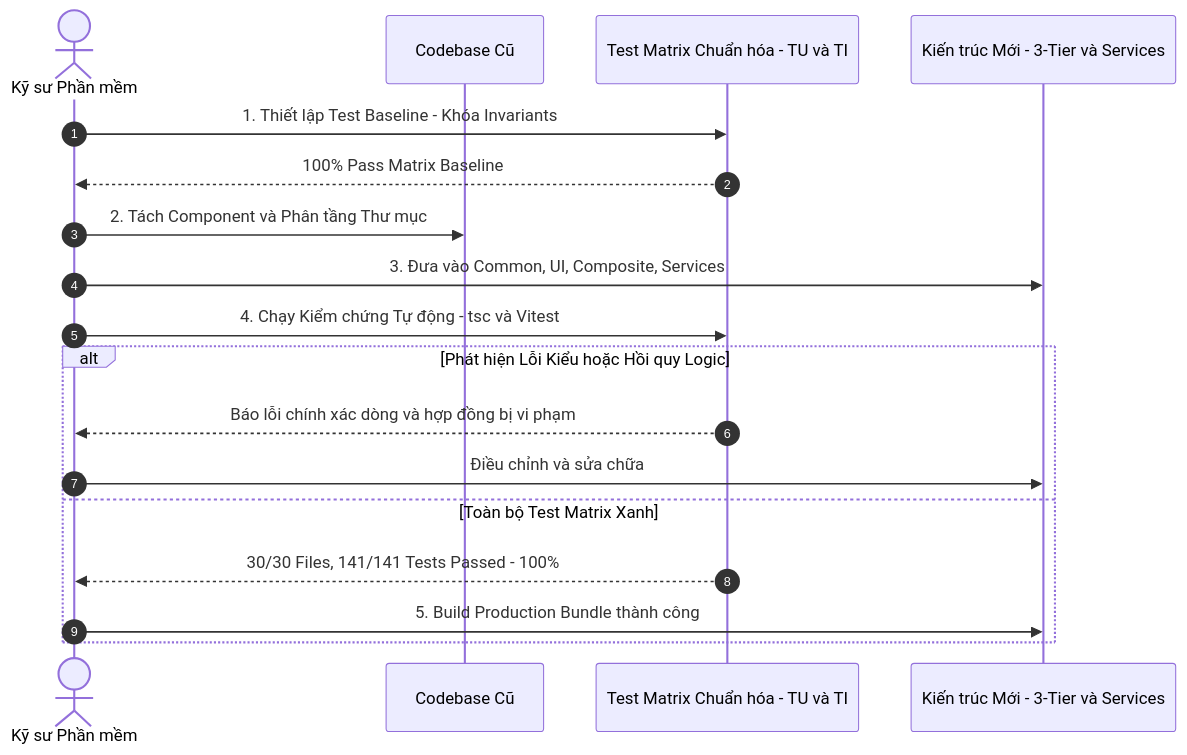
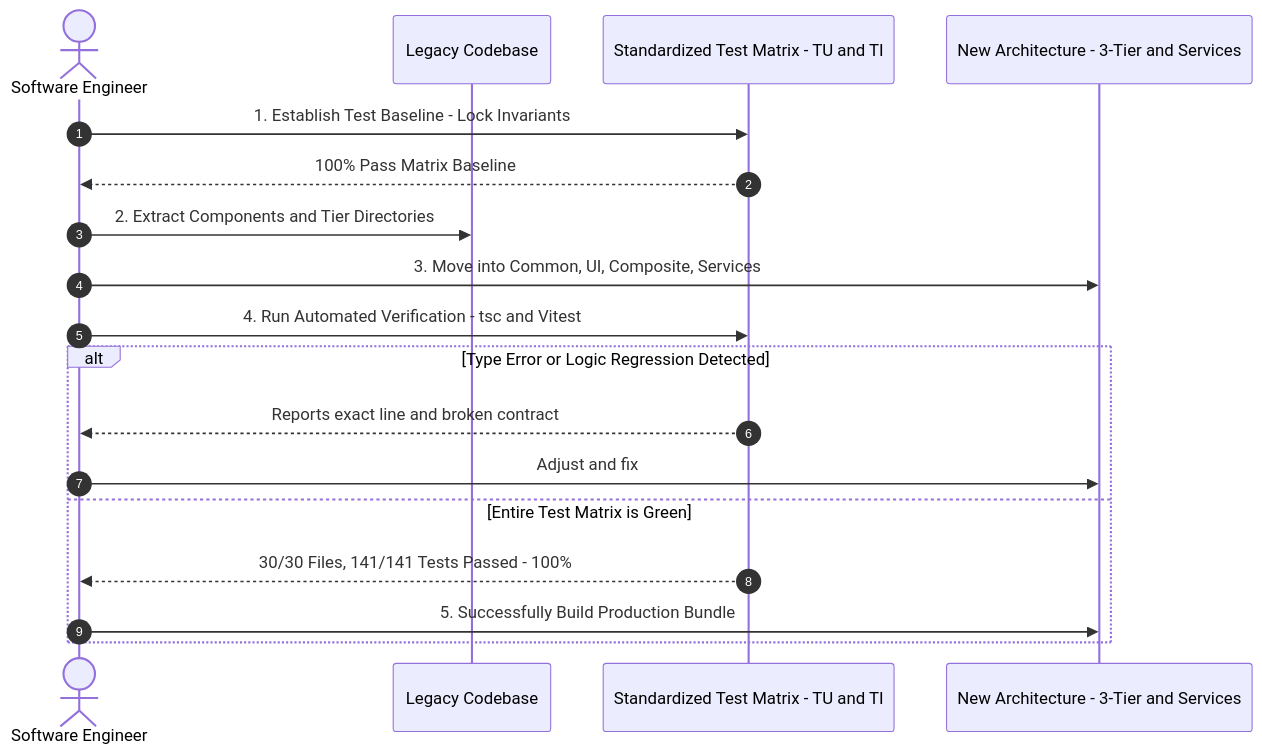
Before and after one commit to ga2631/ga2631.github.io: the diagram in src/data/blog/en/25-2026-09-04-real-world-frontend-refactoring-test-driven-safety-net.md, drawn with Mermaid. The commit also changed other lines of this file and 74 other files, not shown here.

````diff
--- a/src/data/blog/en/25-2026-09-04-real-world-frontend-refactoring-test-driven-safety-net.md
+++ b/src/data/blog/en/25-2026-09-04-real-world-frontend-refactoring-test-driven-safety-net.md
@@ -36,21 +36,21 @@
 ```mermaid
 sequenceDiagram
     autonumber
-    actor Dev as Kỹ sư Phần mềm
-    participant Core as Codebase Cũ
-    participant Tests as Test Matrix Chuẩn hóa - TU và TI
-    participant Clean as Kiến trúc Mới - 3-Tier và Services
+    actor Dev as Software Engineer
+    participant Core as Legacy Codebase
+    participant Tests as Standardized Test Matrix - TU and TI
+    participant Clean as New Architecture - 3-Tier and Services
 
-    Dev->>Tests: 1. Thiết lập Test Baseline - Khóa Invariants
+    Dev->>Tests: 1. Establish Test Baseline - Lock Invariants
     Tests-->>Dev: 100% Pass Matrix Baseline
-    Dev->>Core: 2. Tách Component và Phân tầng Thư mục
-    Dev->>Clean: 3. Đưa vào Common, UI, Composite, Services
-    Dev->>Tests: 4. Chạy Kiểm chứng Tự động - tsc và Vitest
-    alt Phát hiện Lỗi Kiểu hoặc Hồi quy Logic
-        Tests-->>Dev: Báo lỗi chính xác dòng và hợp đồng bị vi phạm
-        Dev->>Clean: Điều chỉnh và sửa chữa
-    else Toàn bộ Test Matrix Xanh
+    Dev->>Core: 2. Extract Components and Tier Directories
+    Dev->>Clean: 3. Move into Common, UI, Composite, Services
+    Dev->>Tests: 4. Run Automated Verification - tsc and Vitest
+    alt Type Error or Logic Regression Detected
+        Tests-->>Dev: Reports exact line and broken contract
+        Dev->>Clean: Adjust and fix
+    else Entire Test Matrix is Green
         Tests-->>Dev: 30/30 Files, 141/141 Tests Passed - 100%
-        Dev->>Clean: 5. Build Production Bundle thành công
+        Dev->>Clean: 5. Successfully Build Production Bundle
     end
 ```
````
